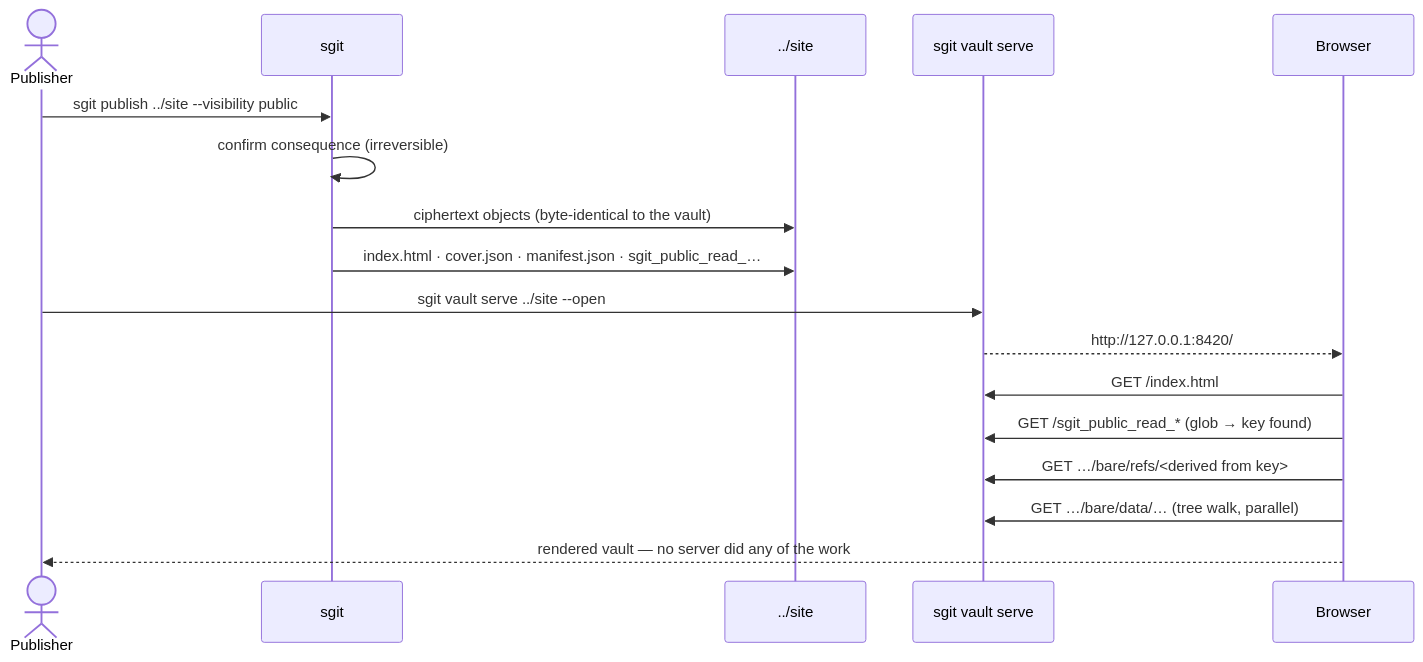
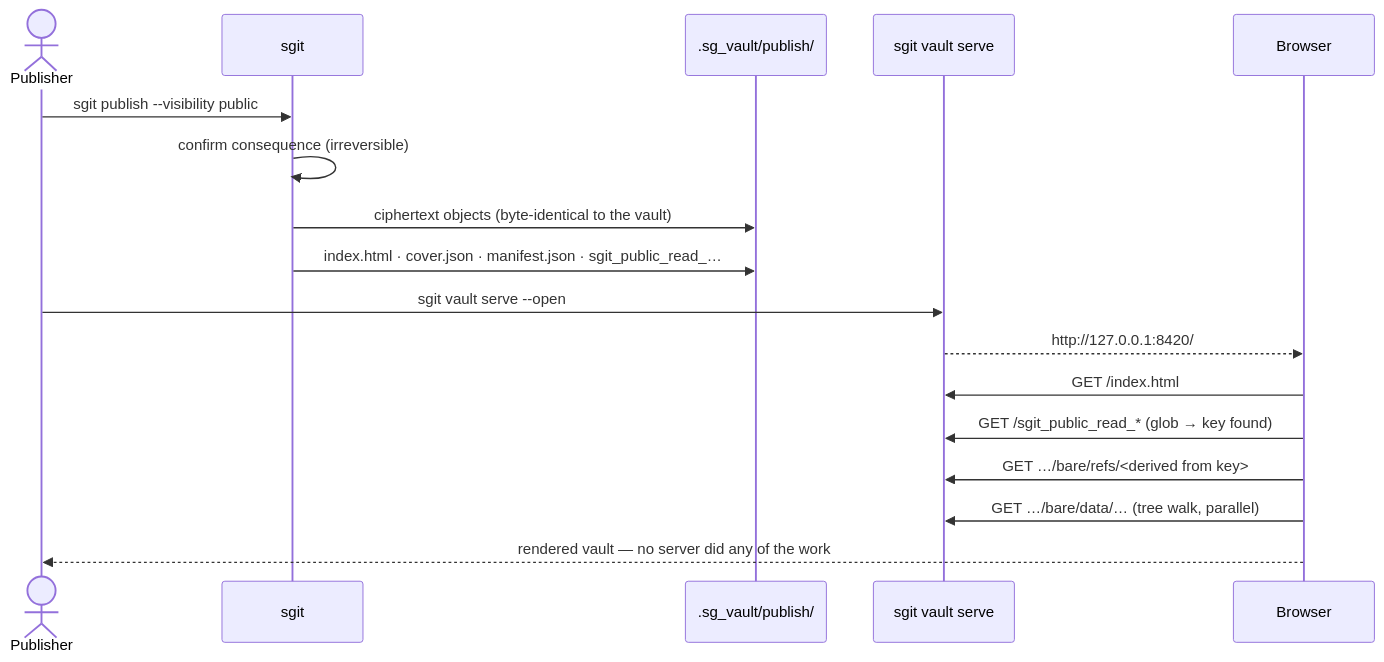
Before and after one commit to SGit-AI/SGit-AI__Website__NHI: the first of 5 diagrams in packs/static-publishing/src/03__flows.md, drawn with Mermaid. The commit also changed 85 other files, not shown here.

````diff
--- a/packs/static-publishing/src/03__flows.md
+++ b/packs/static-publishing/src/03__flows.md
@@ -5,20 +5,20 @@
 ```mermaid
 sequenceDiagram
   actor Pub as Publisher
   participant CLI as sgit
-  participant FS as ../site
+  participant FS as .sg_vault/publish/
   participant Srv as sgit vault serve
   participant B as Browser
 
-  Pub->>CLI: sgit publish ../site --visibility public
+  Pub->>CLI: sgit publish --visibility public
   CLI->>CLI: confirm consequence (irreversible)
   CLI->>FS: ciphertext objects (byte-identical to the vault)
   CLI->>FS: index.html · cover.json · manifest.json · sgit_public_read_…
-  Pub->>Srv: sgit vault serve ../site --open
+  Pub->>Srv: sgit vault serve --open
   Srv-->>B: http://127.0.0.1:8420/
   B->>Srv: GET /index.html
   B->>Srv: GET /sgit_public_read_*        (glob → key found)
   B->>Srv: GET …/bare/refs/<derived from key>
   B->>Srv: GET …/bare/data/…              (tree walk, parallel)
   B-->>Pub: rendered vault — no server did any of the work
 ```
````
